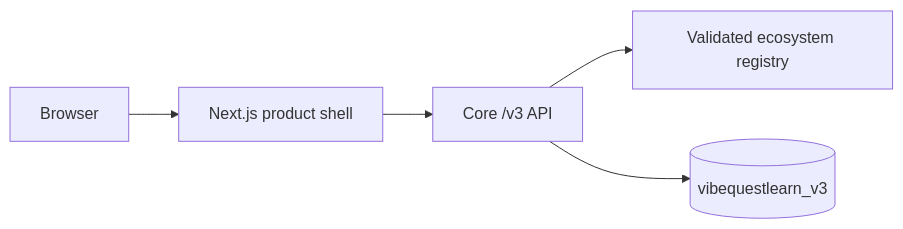
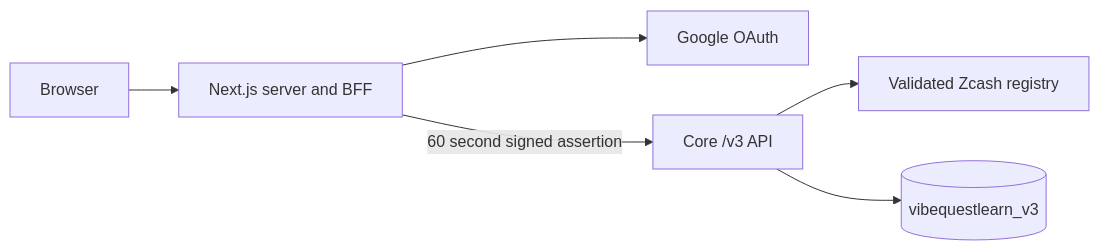
One commit to VibeQuestLearn/vibequest-web changed the diagram in docs/product-architecture.md. Above: the diagram before and after it, drawn with Mermaid. The commit also changed other lines of this file and 29 other files, not shown here.

````diff
--- a/docs/product-architecture.md
+++ b/docs/product-architecture.md
@@ -10,7 +8,8 @@
 ```mermaid
 flowchart LR
-    Browser["Browser"] --> Web["Next.js product shell"]
-    Web --> Core["Core /v3 API"]
-    Core --> Registry["Validated ecosystem registry"]
+    Browser["Browser"] --> Web["Next.js server and BFF"]
+    Web --> Google["Google OAuth"]
+    Web -->|"60 second signed assertion"| Core["Core /v3 API"]
+    Core --> Registry["Validated Zcash registry"]
     Core --> V3DB[("vibequestlearn_v3")]
 ```
````
